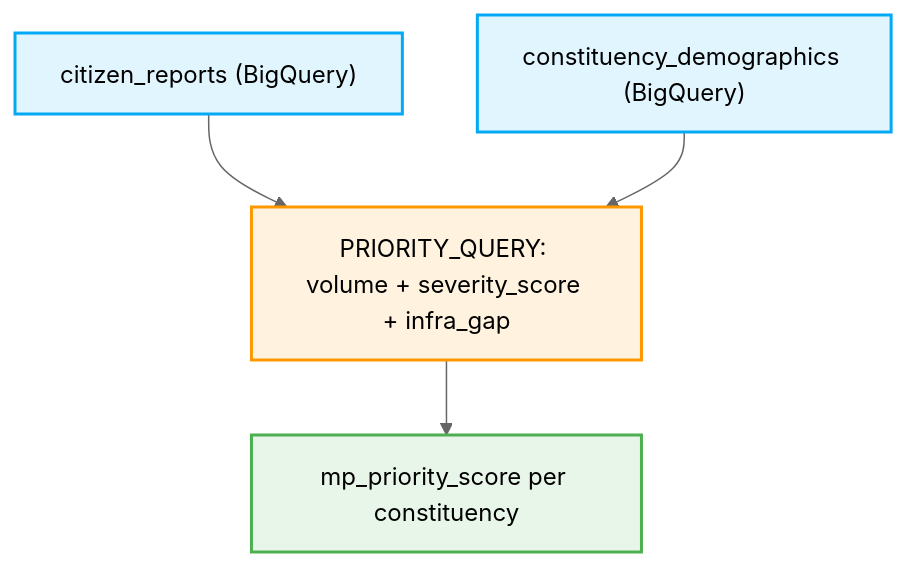
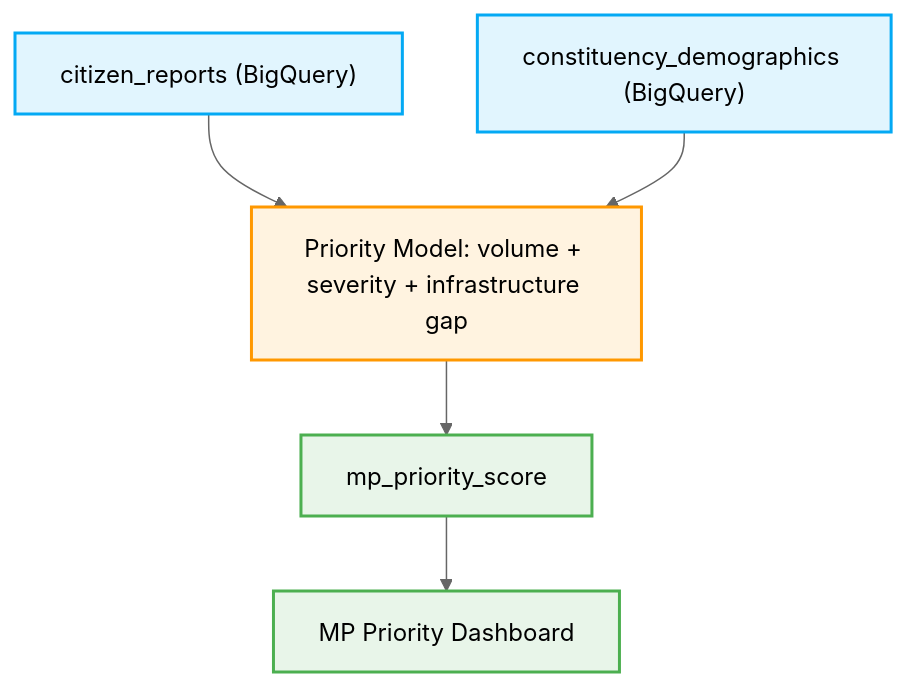
Before and after one commit to Harshit-Awasthi-05/Jan-Awaaz-AI: the fifth of 6 diagrams in README.md, drawn with Mermaid (neutral theme). The commit also changed other lines of this file, not shown here.

````diff
--- a/README.md
+++ b/README.md
@@ -173,15 +392,17 @@
-```mermaid
+``` mermaid
 flowchart TD
     classDef data fill:#e1f5fe,stroke:#03a9f4,stroke-width:2px,color:#000
     classDef process fill:#fff3e0,stroke:#ff9800,stroke-width:2px,color:#000
     classDef store fill:#e8f5e9,stroke:#4caf50,stroke-width:2px,color:#000
 
     Reports["citizen_reports (BigQuery)"]:::data
     Demo["constituency_demographics (BigQuery)"]:::data
-    Query["PRIORITY_QUERY: volume + severity_score + infra_gap"]:::process
-    Score["mp_priority_score per constituency"]:::store
+    Query["Priority Model: volume + severity + infrastructure gap"]:::process
+    Score["mp_priority_score"]:::store
+    Dashboard["MP Priority Dashboard"]:::store
 
     Reports --> Query
     Demo --> Query
     Query --> Score
+    Score --> Dashboard
 ```
````
